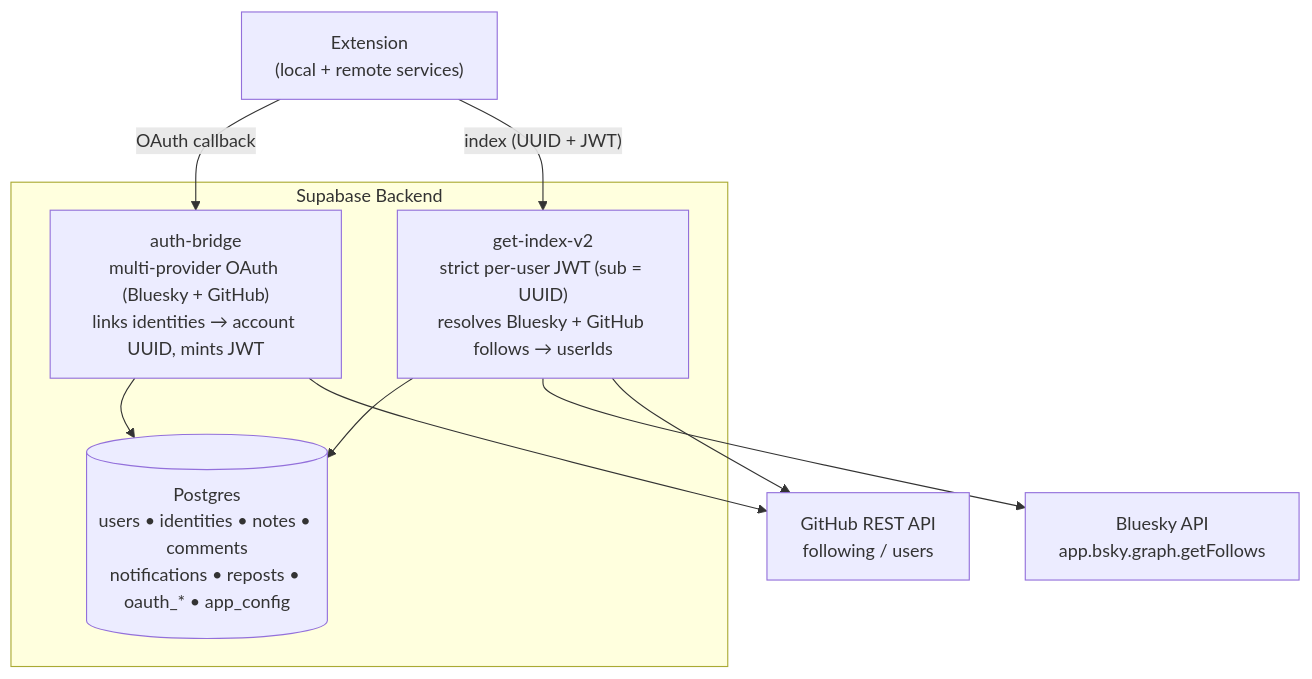
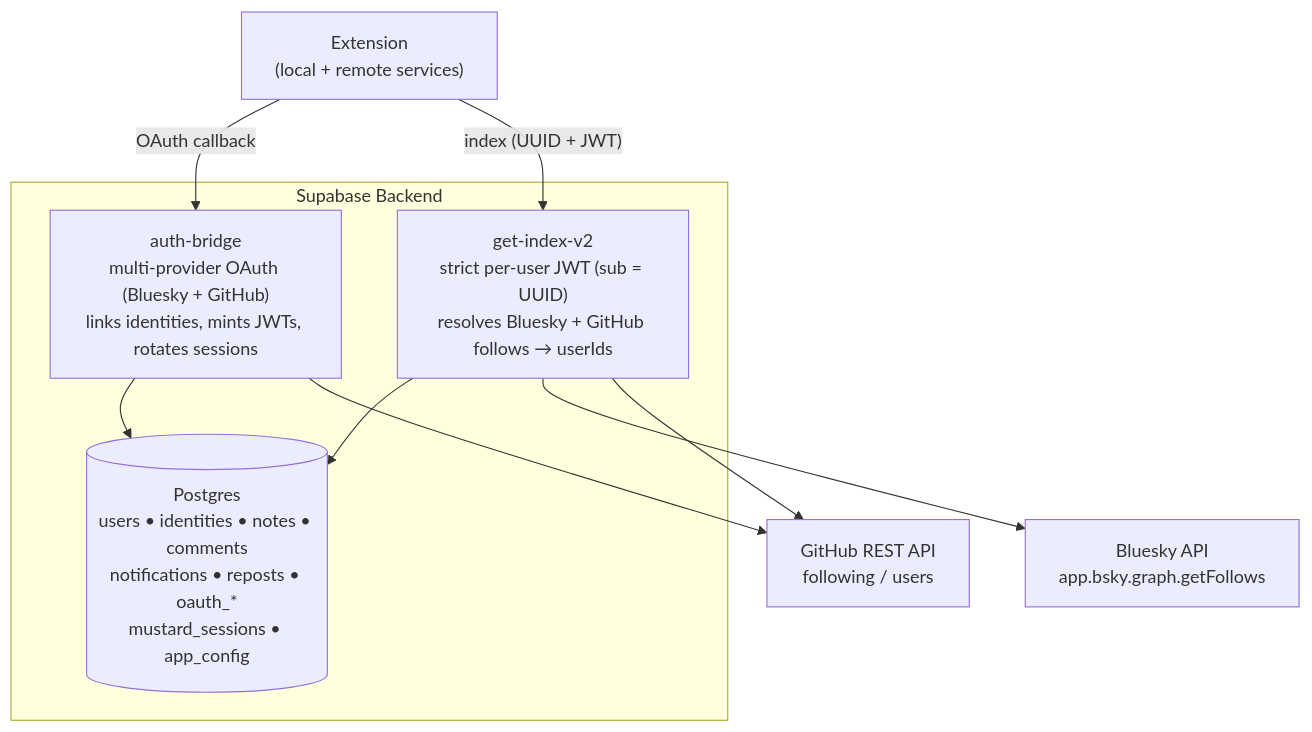
Before and after one commit to fettstorch/mustard: the diagram in SUPABASE_SETUP.md, drawn with Mermaid. The commit also changed other lines of this file and 47 other files, not shown here.

First line of the commit message:
feat(auth): short-lived JWTs + rotating refresh tokens + confidential atproto client (#31)

````diff
--- a/SUPABASE_SETUP.md
+++ b/SUPABASE_SETUP.md
@@ -82,21 +104,21 @@
 ```mermaid
 flowchart TB
     EXT["Extension<br/>(local + remote services)"]
 
     subgraph SB["Supabase Backend"]
-        AB["auth-bridge<br/>multi-provider OAuth (Bluesky + GitHub)<br/>links identities → account UUID, mints JWT"]
+        AB["auth-bridge<br/>multi-provider OAuth (Bluesky + GitHub)<br/>links identities, mints JWTs, rotates sessions"]
         GI["get-index-v2<br/>strict per-user JWT (sub = UUID)<br/>resolves Bluesky + GitHub follows → userIds"]
-        DB[("Postgres<br/>users • identities • notes • comments<br/>notifications • reposts • oauth_* • app_config")]
+        DB[("Postgres<br/>users • identities • notes • comments<br/>notifications • reposts • oauth_*<br/>mustard_sessions • app_config")]
     end
 
     BSKY["Bluesky API<br/>app.bsky.graph.getFollows"]
     GH["GitHub REST API<br/>following / users"]
 
     EXT -->|"OAuth callback"| AB
     EXT -->|"index (UUID + JWT)"| GI
     AB --> DB
     GI --> DB
     GI --> BSKY
     GI --> GH
     AB --> GH
 ```
````
